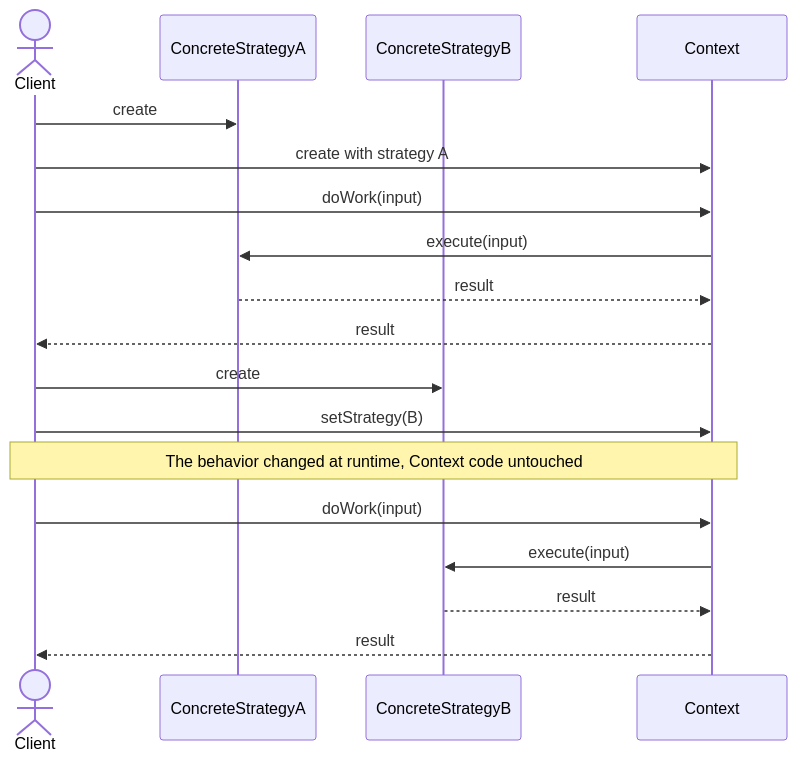
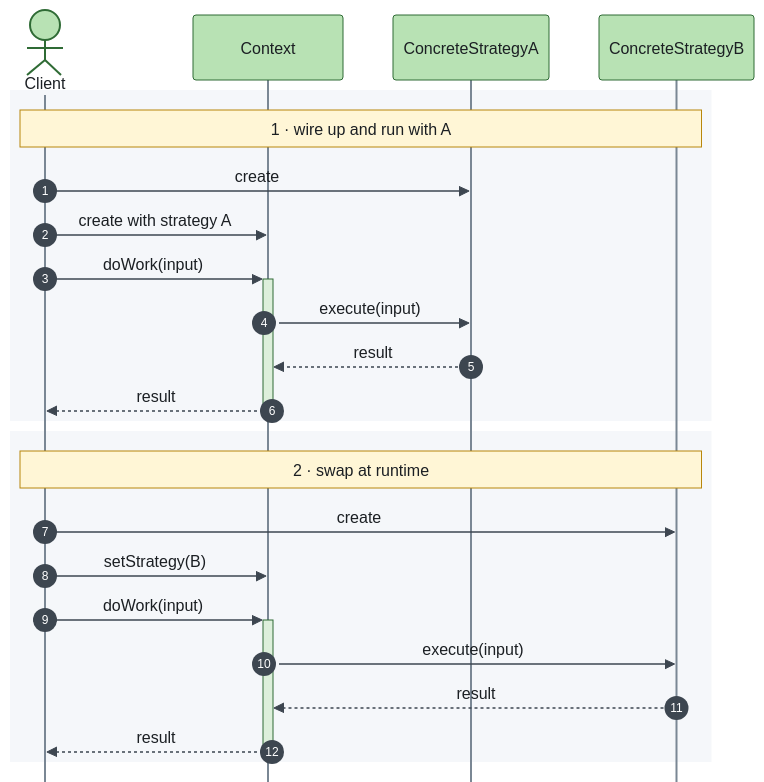
One commit to enok/design-pattern-strategy changed the diagram in docs/diagrams/strategy-generic-sequence.mmd. Above: the diagram before and after it, drawn with Mermaid. The commit also changed 33 other files, not shown here.

First line of the commit message:
docs: restyle diagrams, add code-by-component page (#2)

```diff
--- a/docs/diagrams/strategy-generic-sequence.mmd
+++ b/docs/diagrams/strategy-generic-sequence.mmd
@@ -1,18 +1,25 @@
+%%{init: {"theme": "base", "themeVariables": {"fontFamily": "Arial, Helvetica, sans-serif", "fontSize": "20px", "background": "#FFFFFF", "primaryColor": "#FFFFFF", "primaryBorderColor": "#1B1F23", "primaryTextColor": "#1B1F23", "secondaryColor": "#FDDCB5", "tertiaryColor": "#F5F7FA", "lineColor": "#3D4650", "textColor": "#1B1F23", "mainBkg": "#FFFFFF", "nodeBorder": "#1B1F23", "clusterBkg": "#F5F7FA", "clusterBorder": "#9AA5B1", "edgeLabelBackground": "#FFFFFF", "noteBkgColor": "#FFF6D6", "noteBorderColor": "#B8860B", "noteTextColor": "#1B1F23", "actorBkg": "#B8E2B4", "actorBorder": "#2F6B35", "actorTextColor": "#1B1F23", "actorLineColor": "#7A8794", "signalColor": "#3D4650", "signalTextColor": "#1B1F23", "labelBoxBkgColor": "#F5F7FA", "labelBoxBorderColor": "#7A8794", "labelTextColor": "#1B1F23", "loopTextColor": "#1B1F23", "activationBkgColor": "#DDEFDB", "activationBorderColor": "#2F6B35", "sequenceNumberColor": "#FFFFFF", "classText": "#1B1F23"}, "flowchart": {"curve": "linear", "nodeSpacing": 50, "rankSpacing": 60, "padding": 16, "htmlLabels": false}, "sequence": {"actorMargin": 50, "messageMargin": 38, "boxMargin": 10, "noteMargin": 10, "mirrorActors": false, "useMaxWidth": false}, "class": {"padding": 12, "htmlLabels": false}, "fontFamily": "Arial, Helvetica, sans-serif"}}%%
 sequenceDiagram
+    autonumber
     actor Client
+    participant Ctx as Context
     participant A as ConcreteStrategyA
     participant B as ConcreteStrategyB
-    participant Ctx as Context
-    Client->>A: create
-    Client->>Ctx: create with strategy A
-    Client->>Ctx: doWork(input)
-    Ctx->>A: execute(input)
-    A-->>Ctx: result
-    Ctx-->>Client: result
-    Client->>B: create
-    Client->>Ctx: setStrategy(B)
-    Note over Client,Ctx: The behavior changed at runtime, Context code untouched
-    Client->>Ctx: doWork(input)
-    Ctx->>B: execute(input)
-    B-->>Ctx: result
-    Ctx-->>Client: result
+    rect rgb(245,247,250)
+        Note over Client,B: 1 · wire up and run with A
+        Client->>A: create
+        Client->>Ctx: create with strategy A
+        Client->>+Ctx: doWork(input)
+        Ctx->>A: execute(input)
+        A-->>Ctx: result
+        Ctx-->>-Client: result
+    end
+    rect rgb(245,247,250)
+        Note over Client,B: 2 · swap at runtime
+        Client->>B: create
+        Client->>Ctx: setStrategy(B)
+        Client->>+Ctx: doWork(input)
+        Ctx->>B: execute(input)
+        B-->>Ctx: result
+        Ctx-->>-Client: result
+    end
```
